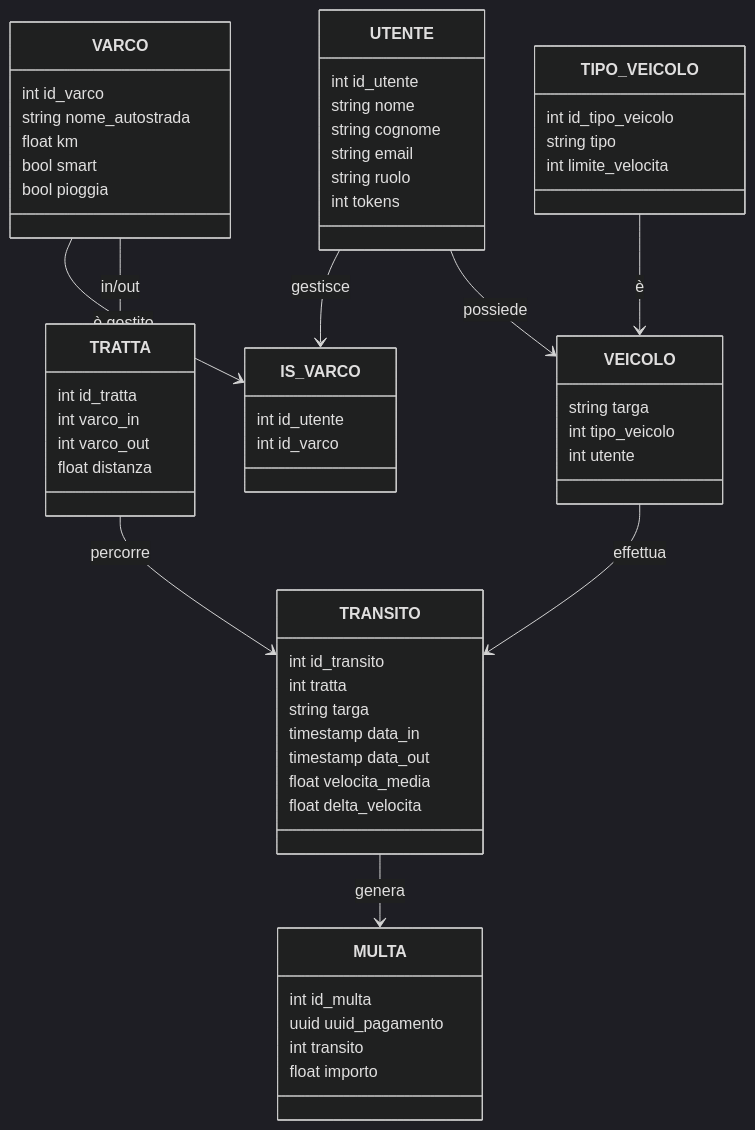
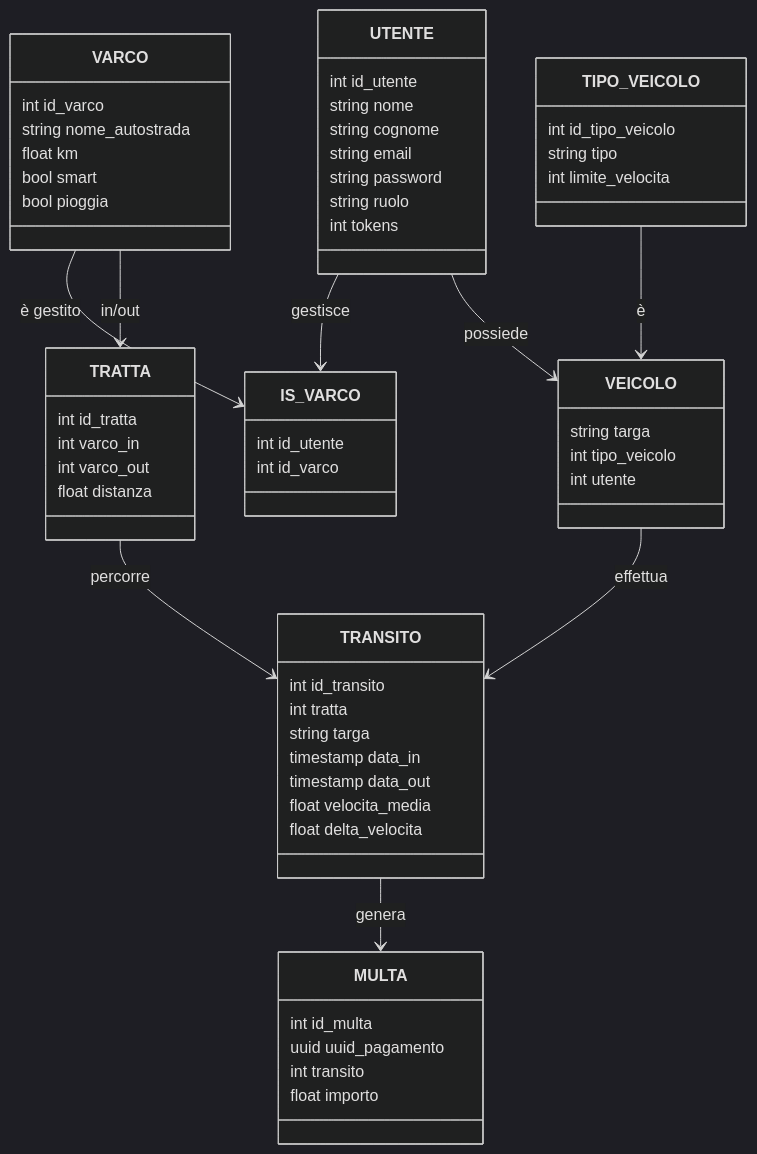
One commit to MattSona99/ProgettoPA changed the second of 14 diagrams in README.md. Above: the diagram before and after it, drawn with Mermaid (dark theme). The commit also changed other lines of this file, not shown here.

````diff
--- a/README.md
+++ b/README.md
@@ -145,62 +146,63 @@
 ```mermaid
 classDiagram
     class UTENTE {
         int id_utente
         string nome
         string cognome
         string email
+        string password
         string ruolo
         int tokens
     }
     class VARCO {
         int id_varco
         string nome_autostrada
         float km
         bool smart
         bool pioggia
     }
     class IS_VARCO {
         int id_utente
         int id_varco
     }
     class TIPO_VEICOLO {
         int id_tipo_veicolo
         string tipo
         int limite_velocita
     }
     class VEICOLO {
         string targa
         int tipo_veicolo
         int utente
     }
     class TRATTA {
         int id_tratta
         int varco_in
         int varco_out
         float distanza
     }
     class TRANSITO {
         int id_transito
         int tratta
         string targa
         timestamp data_in
         timestamp data_out
         float velocita_media
         float delta_velocita
     }
     class MULTA {
         int id_multa
         uuid uuid_pagamento
         int transito
         float importo
     }
 
     UTENTE --> VEICOLO : possiede
     TIPO_VEICOLO --> VEICOLO : è
     VEICOLO --> TRANSITO : effettua
     TRANSITO --> MULTA : genera
     VARCO --> TRATTA : in/out
     TRATTA --> TRANSITO : percorre
     UTENTE --> IS_VARCO : gestisce
     VARCO --> IS_VARCO : è gestito
 ```
````
